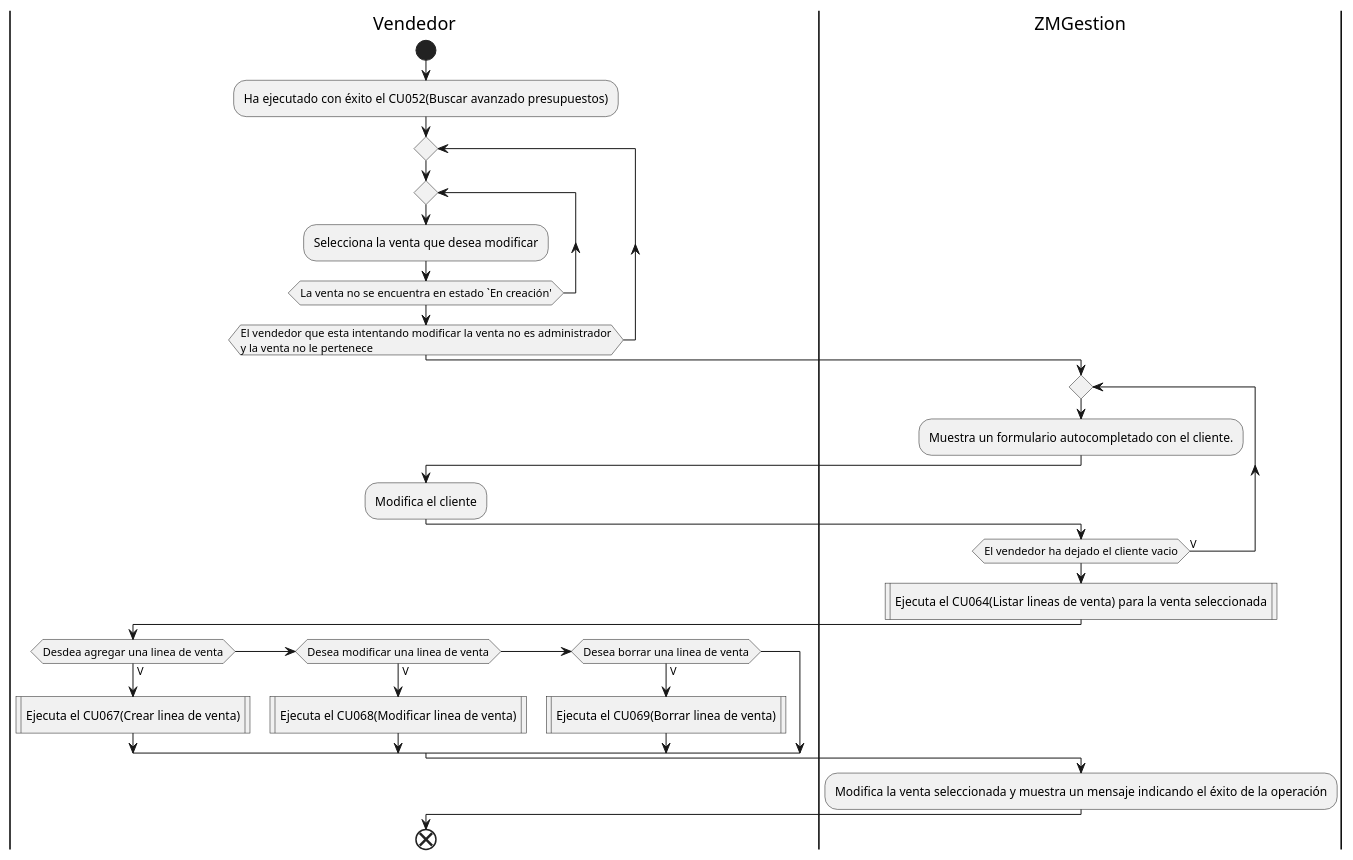
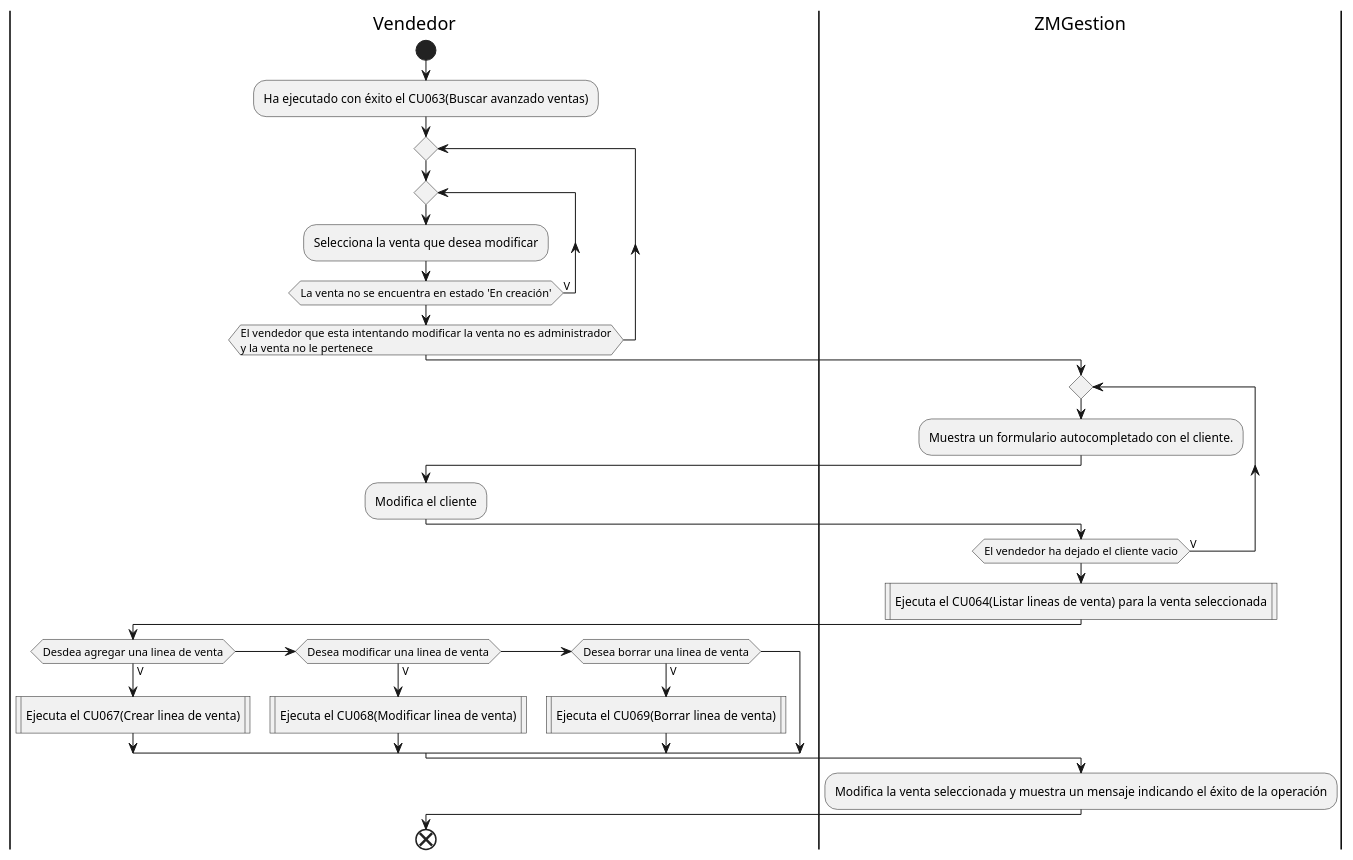
Before and after one commit to ZMGestion/DocumentacionZMGestion: diagram 28 of 29 in DiagramasActividad/DiagramaDeActividad.puml, drawn with PlantUML. The commit also changed other lines of this file and 7 other files, not shown here.

Commit message:
Nuevo DiagramasDeActividad y cambios en DiagramasDeEstado

```diff
--- a/DiagramasActividad/DiagramaDeActividad.puml
+++ b/DiagramasActividad/DiagramaDeActividad.puml
@@ -475,31 +524,31 @@
 @startuml modificarVenta
 |Vendedor|
 start 
-:Ha ejecutado con éxito el CU052(Buscar avanzado presupuestos);
+:Ha ejecutado con éxito el CU063(Buscar avanzado ventas);
 repeat
 repeat
 :Selecciona la venta que desea modificar;
-repeat while(La venta no se encuentra en estado `En creación')
+repeat while(La venta no se encuentra en estado 'En creación') is (V)
 repeat while (El vendedor que esta intentando modificar la venta no es administrador 
 y la venta no le pertenece)
 |ZMGestion|
 repeat
 :Muestra un formulario autocompletado con el cliente.;
 |Vendedor|
 :Modifica el cliente;
 |ZMGestion|
 repeat while(El vendedor ha dejado el cliente vacio) is (V)
 :Ejecuta el CU064(Listar lineas de venta) para la venta seleccionada|
 |Vendedor|
 if(Desdea agregar una linea de venta) then (V)
 :Ejecuta el CU067(Crear linea de venta)|
 else if  (Desea modificar una linea de venta) then (V)
 :Ejecuta el CU068(Modificar linea de venta)|
 else if (Desea borrar una linea de venta) then (V)
 :Ejecuta el CU069(Borrar linea de venta)|
 endif
 |ZMGestion|
 :Modifica la venta seleccionada y muestra un mensaje indicando el éxito de la operación;
 |Vendedor|
 end
 @enduml
```
